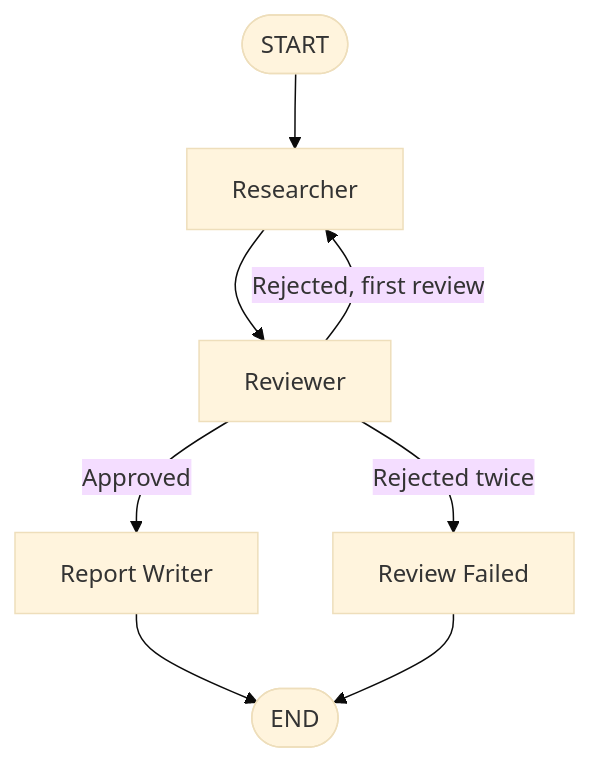
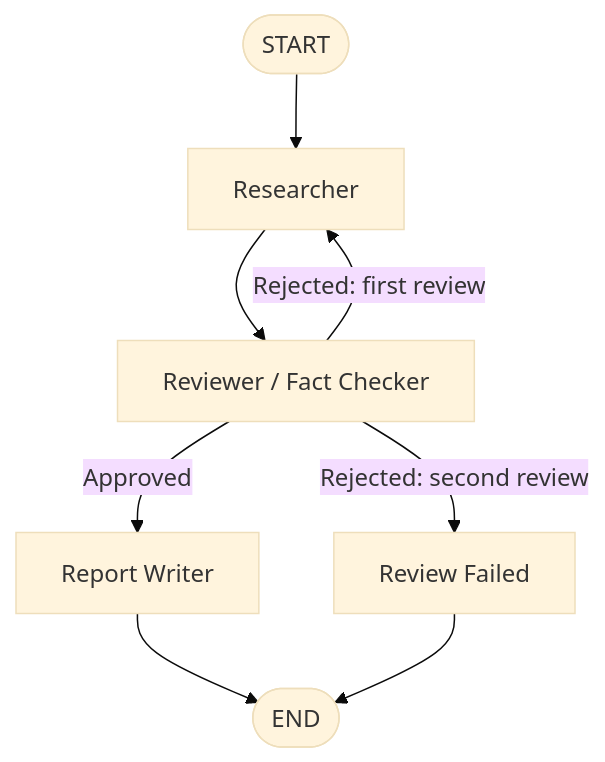
The first of 2 diagrams in README.md (nagadevibarthala-source/multi-agent-workflow), drawn with Mermaid (base theme) before and after one commit. The commit also changed other lines of this file, not shown here.

Commit message:
Fix README workflow and state diagrams

````diff
--- a/README.md
+++ b/README.md
@@ -24,10 +26,10 @@
 ```mermaid
 flowchart TD
     A([START]) --> B[Researcher]
-    B --> C[Reviewer]
+    B --> C[Reviewer / Fact Checker]
     C -->|Approved| D[Report Writer]
-    C -->|Rejected, first review| B
-    C -->|Rejected twice| E[Review Failed]
+    C -->|Rejected: first review| B
+    C -->|Rejected: second review| E[Review Failed]
     D --> F([END])
     E --> F
 ```
````
